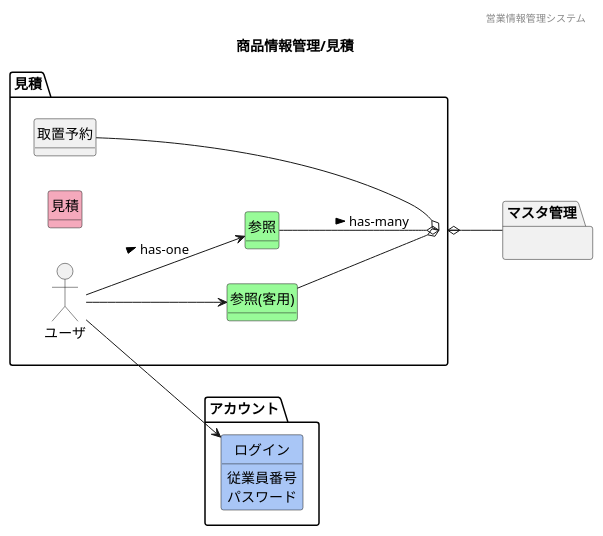
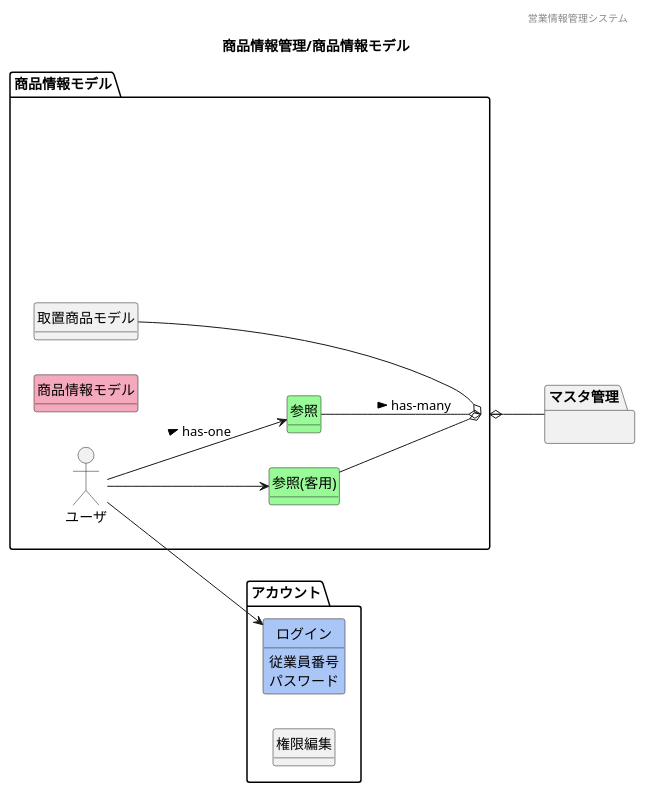
One commit to HaruShim/Sotuken changed the diagram in 各種設計書/1ドメインモデル図/商品情報管理/F10見積.plantuml. Above: the diagram before and after it, drawn with PlantUML. The commit also changed 13 other files, not shown here.

```diff
--- a/各種設計書/1ドメインモデル図/商品情報管理/F10見積.plantuml
+++ b/各種設計書/1ドメインモデル図/商品情報管理/F10見積.plantuml
@@ -1,62 +1,49 @@
-@startuml images/商品情報管理/見積
+@startuml images/商品情報管理/商品情報モデル
 ' ヘッダー
 header 営業情報管理システム
 ' タイトル
-title 商品情報管理/見積
+title 商品情報管理/商品情報モデル
 ' 
 hide circle
 ' 
 hide method
 left to right direction
 
 package "アカウント"{
     class "ログイン" #A9C6F6
+    class "権限編集"
 }
-package "見積" {
+package "商品情報モデル" {
     mix_actor "ユーザ"
         class "参照(客用)" #98fb98
         class "参照" #98fb98
-        class "見積" #F5A9BC
-        class "取置予約" 
+        class "商品情報モデル" #F5A9BC
+        class "取置商品モデル" 
 }
 
 package "マスタ管理"{
 }
 
-
-        ' class "" #F5A9BC
-        ' class "" #ffd700
-
-    'モデル同士の関係
-    ' 見積
     ユーザ --> 参照 : > has-one
     ユーザ --> "参照(客用)"
     ユーザ --> ログイン
-    参照 --o 見積 : > has-many
-    "参照(客用)" --o 見積
-    見積 o-- 取置予約
-    見積 o-- マスタ管理
+    参照 --o 商品情報モデル : > has-many
+    "参照(客用)" --o 商品情報モデル
+    商品情報モデル o-- 取置商品モデル
+    商品情報モデル o-- マスタ管理
     ログイン : 従業員番号
     ログイン : パスワード
     
-    ' 'モデル同士の関係
-    ' ユーザ -- 参照
-    ' ユーザ -- "参照(客用)"
-    ' ユーザ -- ログイン
-    ' 参照 -- 見積
-    ' "参照(客用)" -- 見積
-    ' 見積 -- 取置予約
-    ' 見積-- マスタ管理
-    ' 'モデル同士の関係
-    ' ' 見積
-    ' ユーザ -- 参照
-    ' ユーザ -- "参照(お客様用)"
-    ' ユーザ -- ログイン
-    ' 参照 -- 見積
-    ' "参照(お客様用)" -- 見積
-    ' 見積 -- 取置予約
-    ' 見積-- マスタ管理
-    ' ログイン : 従業員ID
-    ' ログイン : パスワード
+    商品情報モデル : 商品コード
+    商品情報モデル : JANコード
+    商品情報モデル : 型番
+    商品情報モデル : メーカー名
+    商品情報モデル : 店舗ID
+    商品情報モデル : カテゴリ
+    商品情報モデル : 商品状態
+    商品情報モデル : 仕入価格
+    商品情報モデル : 商品画像
+    商品情報モデル : 作成日時
+    商品情報モデル : 最終更新日時
 
 @enduml
```
